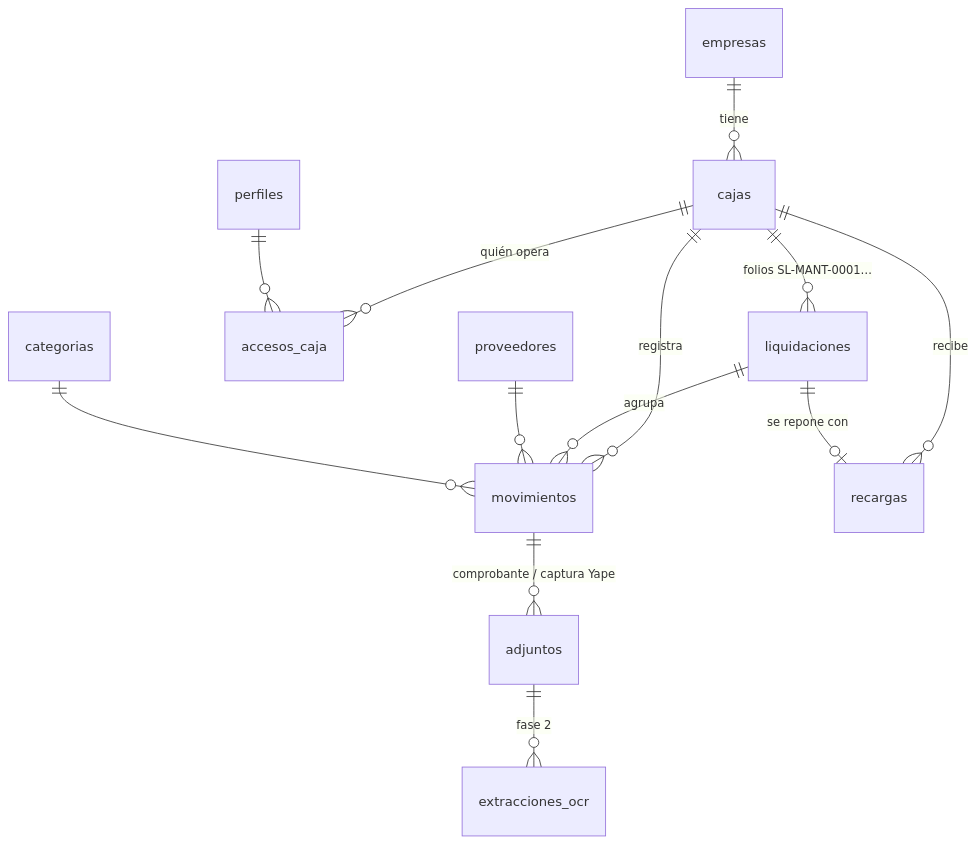
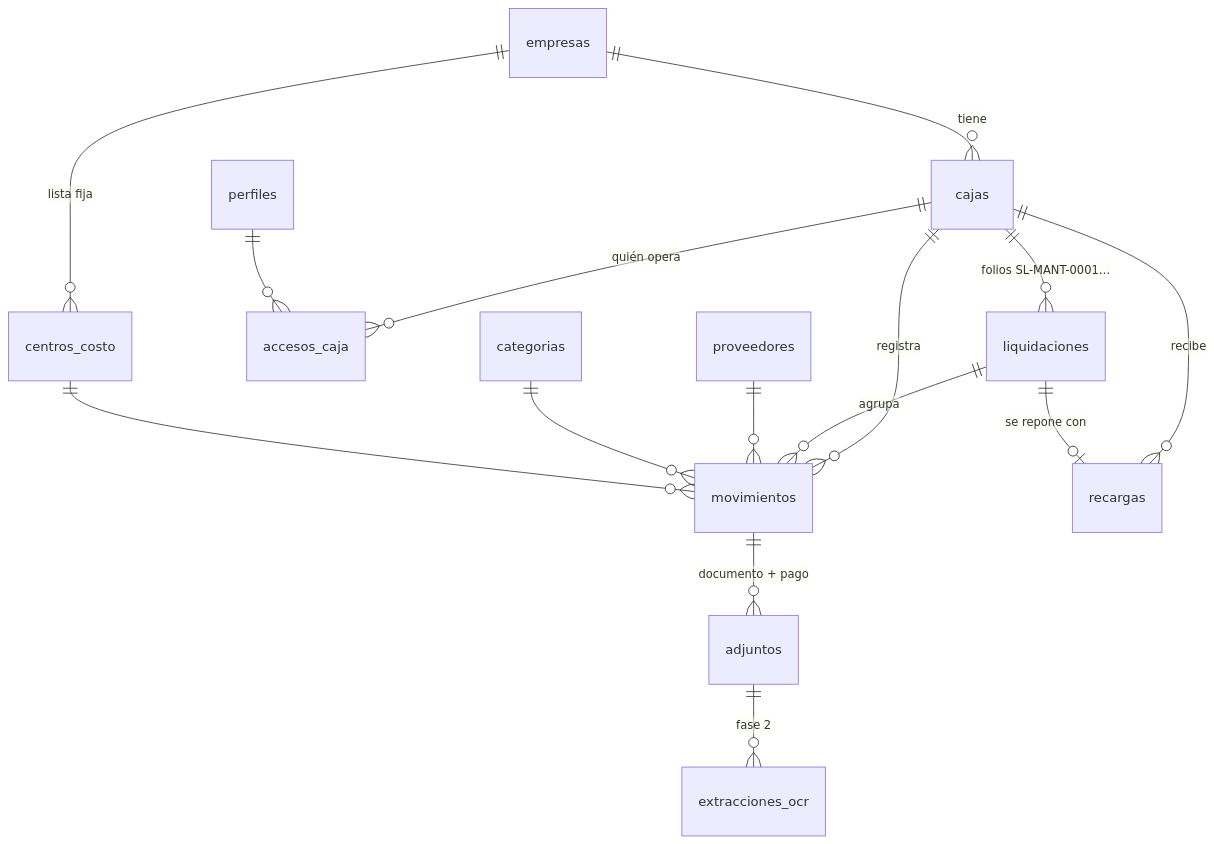
The first of 2 diagrams in docs/modelo-datos.md (Kiolerq/factudex), drawn with Mermaid before and after one commit. The commit also changed other lines of this file and 6 other files, not shown here.

````diff
--- a/docs/modelo-datos.md
+++ b/docs/modelo-datos.md
@@ -9,15 +9,17 @@
 ```mermaid
 erDiagram
   empresas ||--o{ cajas : tiene
   cajas ||--o{ liquidaciones : "folios SL-MANT-0001…"
   cajas ||--o{ movimientos : registra
   cajas ||--o{ recargas : recibe
   cajas ||--o{ accesos_caja : "quién opera"
   perfiles ||--o{ accesos_caja : ""
   liquidaciones ||--o{ movimientos : agrupa
   liquidaciones ||--o| recargas : "se repone con"
   proveedores ||--o{ movimientos : ""
   categorias ||--o{ movimientos : ""
-  movimientos ||--o{ adjuntos : "comprobante / captura Yape"
+  empresas ||--o{ centros_costo : "lista fija"
+  centros_costo ||--o{ movimientos : ""
+  movimientos ||--o{ adjuntos : "documento + pago"
   adjuntos ||--o{ extracciones_ocr : "fase 2"
 ```
````
